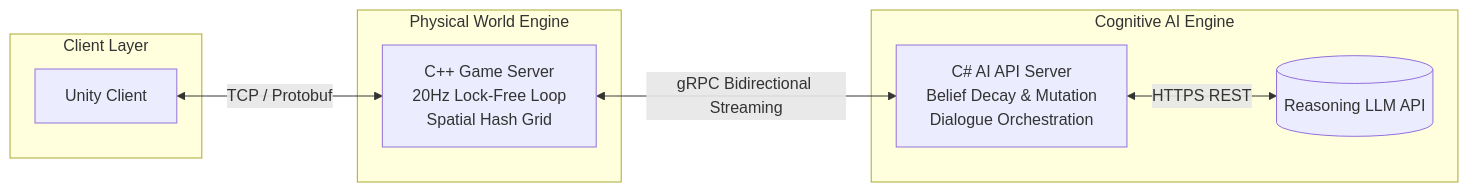
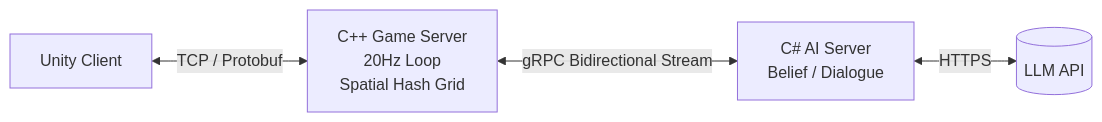
The second of 2 diagrams in README.md (jin20203458/jin20203458), drawn with Mermaid before and after one commit. The commit also changed other lines of this file, not shown here.

````diff
--- a/README.md
+++ b/README.md
@@ -71,19 +86,6 @@
 ```mermaid
 graph LR
-    subgraph Client Layer
-        Unity[Unity Client]
-    end
-
-    subgraph Physical World Engine
-        CPP[C++ Game Server<br/>20Hz Lock-Free Loop<br/>Spatial Hash Grid]
-    end
-
-    subgraph Cognitive AI Engine
-        CS[C# AI API Server<br/>Belief Decay & Mutation<br/>Dialogue Orchestration]
-        LLM[(Reasoning LLM API)]
-    end
-
-    Unity <-->|TCP / Protobuf| CPP
-    CPP <-->|gRPC Bidirectional Streaming| CS
-    CS <-->|HTTPS REST| LLM
+    Unity[Unity Client] <-->|TCP / Protobuf| CPP[C++ Game Server<br/>20Hz Loop<br/>Spatial Hash Grid]
+    CPP <-->|gRPC Bidirectional Stream| CS[C# AI Server<br/>Belief / Dialogue]
+    CS <-->|HTTPS| LLM[(LLM API)]
 ```
````
